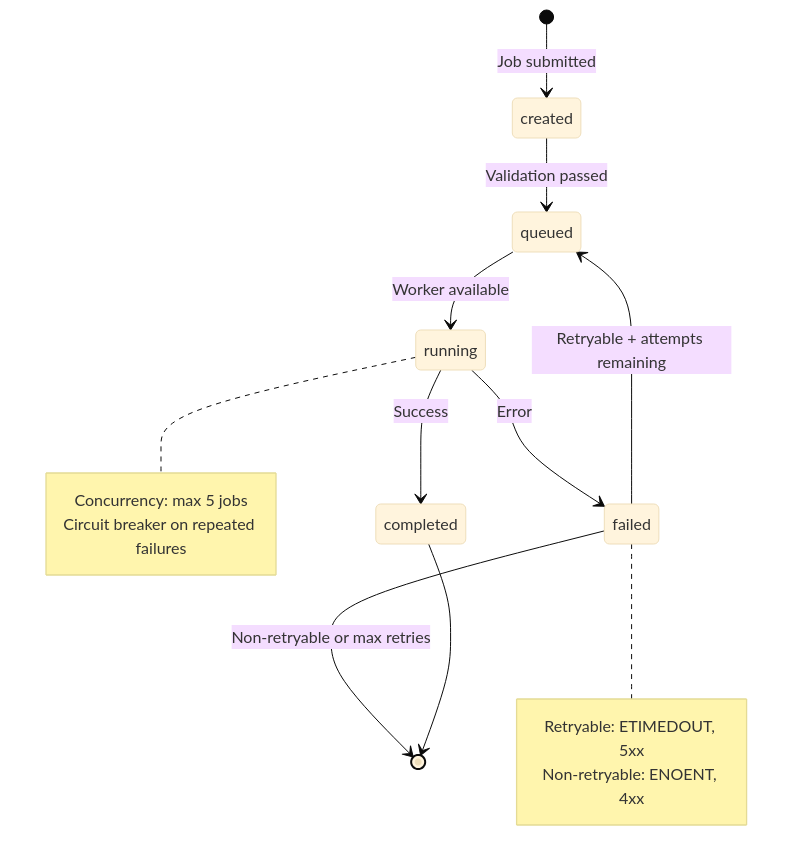
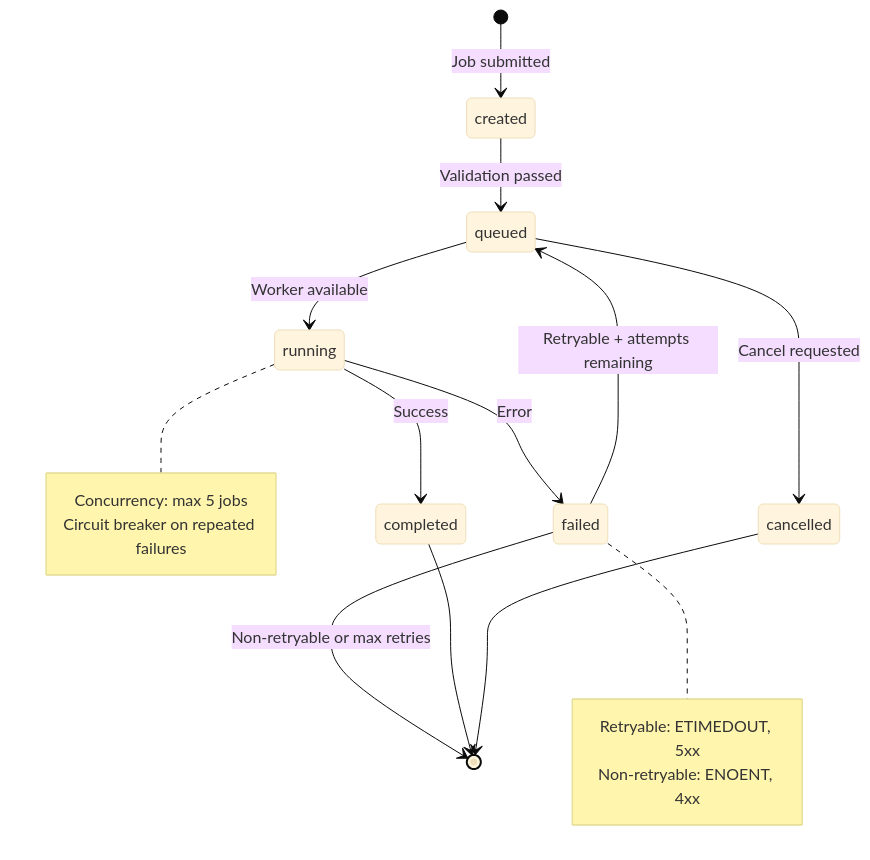
The second of 4 diagrams in docs/MERMAID.md (integritystudio/AlephAuto), drawn with Mermaid (base theme) before and after one commit. The commit also changed other lines of this file and 14 other files, not shown here.

````diff
--- a/docs/MERMAID.md
+++ b/docs/MERMAID.md
@@ -117,21 +117,23 @@
 ```mermaid
 stateDiagram-v2
     [*] --> created: Job submitted
     created --> queued: Validation passed
     queued --> running: Worker available
     running --> completed: Success
     running --> failed: Error
+    queued --> cancelled: Cancel requested
     failed --> queued: Retryable + attempts remaining
     failed --> [*]: Non-retryable or max retries
     completed --> [*]
+    cancelled --> [*]
 
     note right of running
         Concurrency: max 5 jobs
         Circuit breaker on repeated failures
     end note
 
     note right of failed
         Retryable: ETIMEDOUT, 5xx
         Non-retryable: ENOENT, 4xx
     end note
 ```
````
